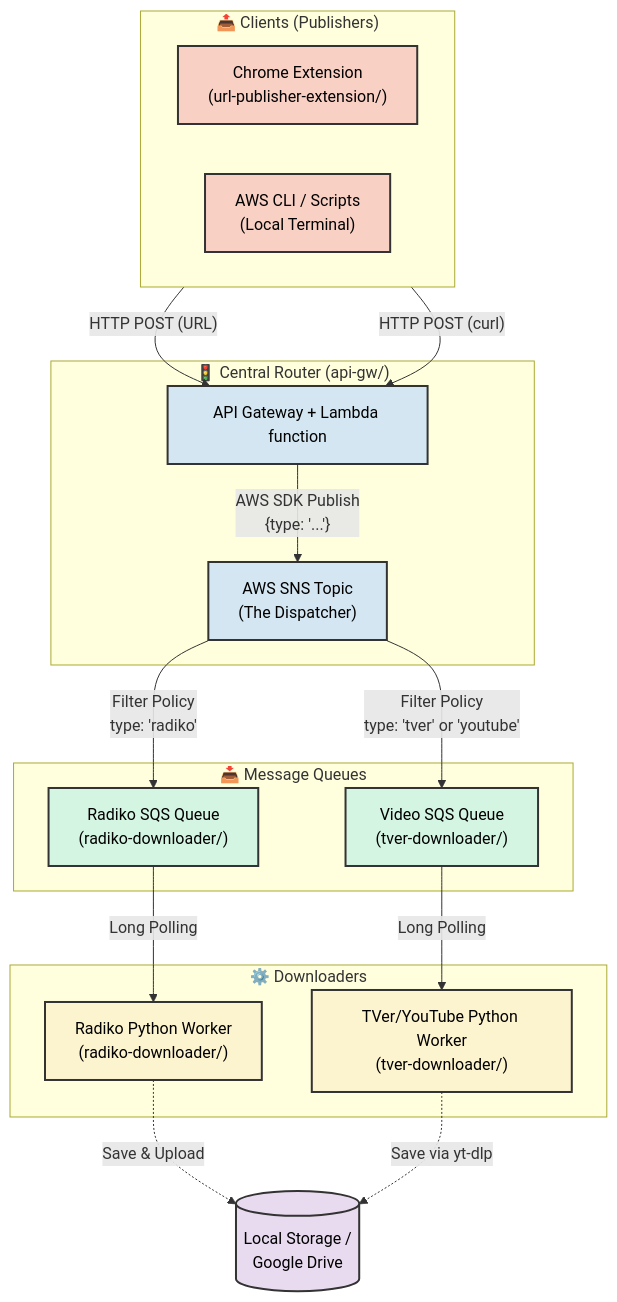
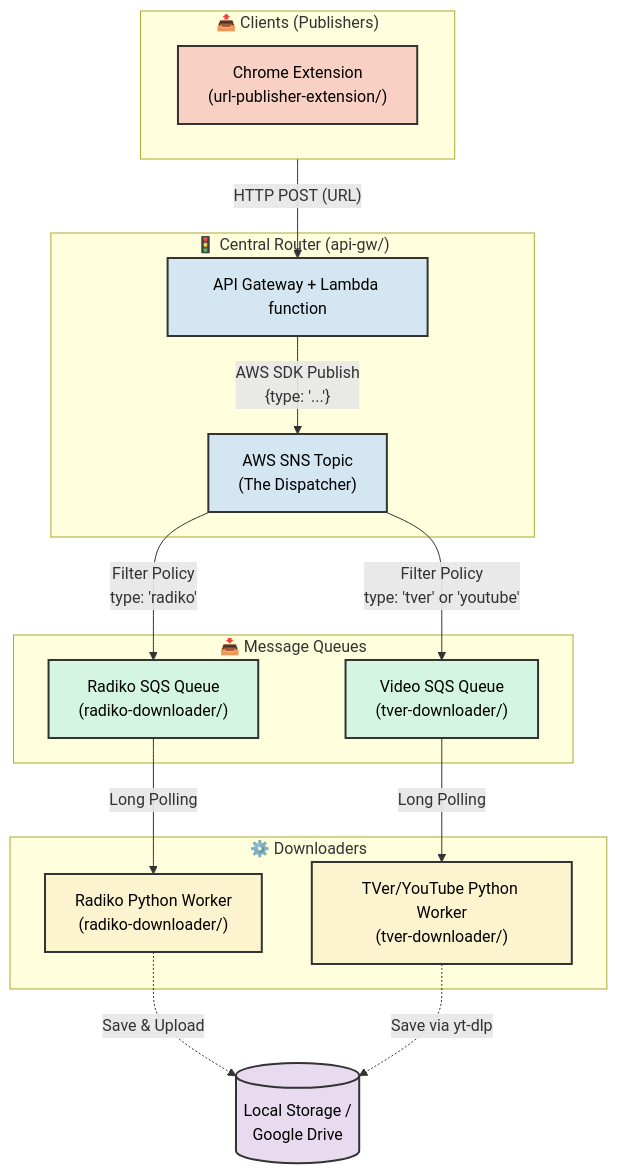
One commit to khirata/media-downloader changed the diagram in README.md. Above: the diagram before and after it, drawn with Mermaid. The commit also changed other lines of this file and 1 other file, not shown here.

Commit message:
refactor: remove AWS CLI references from README files

````diff
--- a/README.md
+++ b/README.md
@@ -10,48 +10,46 @@
 ```mermaid
 graph TD
     classDef client fill:#f9d0c4,stroke:#333,stroke-width:2px,color:#000;
     classDef router fill:#d4e6f1,stroke:#333,stroke-width:2px,color:#000;
     classDef queue fill:#d5f5e3,stroke:#333,stroke-width:2px,color:#000;
     classDef worker fill:#fcf3cf,stroke:#333,stroke-width:2px,color:#000;
     classDef storage fill:#e8daef,stroke:#333,stroke-width:2px,color:#000;
 
     subgraph Clients ["📤 Clients (Publishers)"]
         direction LR
         EXT["Chrome Extension<br/>(url-publisher-extension/)"]:::client
-        CLI["AWS CLI / Scripts<br/>(Local Terminal)"]:::client
     end
 
     subgraph Dispatcher ["🚦 Central Router (api-gw/)"]
         API["API Gateway + Lambda function"]:::router
         SNS["AWS SNS Topic<br/>(The Dispatcher)"]:::router
     end
 
     subgraph Queues ["📥 Message Queues"]
         SQS_R["Radiko SQS Queue<br/>(radiko-downloader/)"]:::queue
         SQS_T["Video SQS Queue<br/>(tver-downloader/)"]:::queue
     end
 
     subgraph Workers ["⚙️ Downloaders"]
         WORK_R["Radiko Python Worker<br/>(radiko-downloader/)"]:::worker
         WORK_T["TVer/YouTube Python Worker<br/>(tver-downloader/)"]:::worker
     end
     
     STORAGE[("Local Storage /<br/>Google Drive")]:::storage
 
     %% Client flows
     EXT -->|"HTTP POST (URL)"| API
-    CLI -->|"HTTP POST (curl)"| API
     API -->|"AWS SDK Publish<br/>{type: '...'} "| SNS
 
     %% Dispatcher routing based on message attributes/body
     SNS -->|"Filter Policy<br/>type: 'radiko'"| SQS_R
     SNS -->|"Filter Policy<br/>type: 'tver' or 'youtube'"| SQS_T
 
     %% Worker polling
     SQS_R -->|"Long Polling"| WORK_R
     SQS_T -->|"Long Polling"| WORK_T
 
     %% Final output
     WORK_R -.->|"Save & Upload"| STORAGE
     WORK_T -.->|"Save via yt-dlp"| STORAGE
 ```
````
